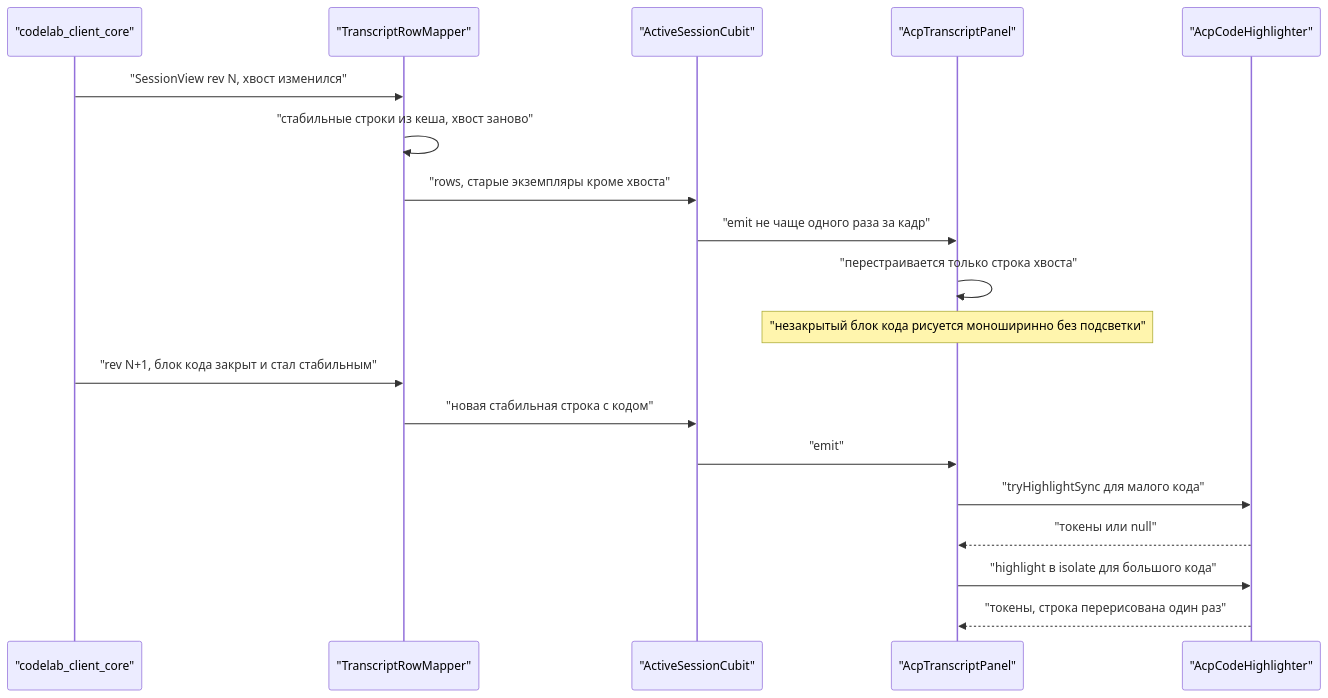
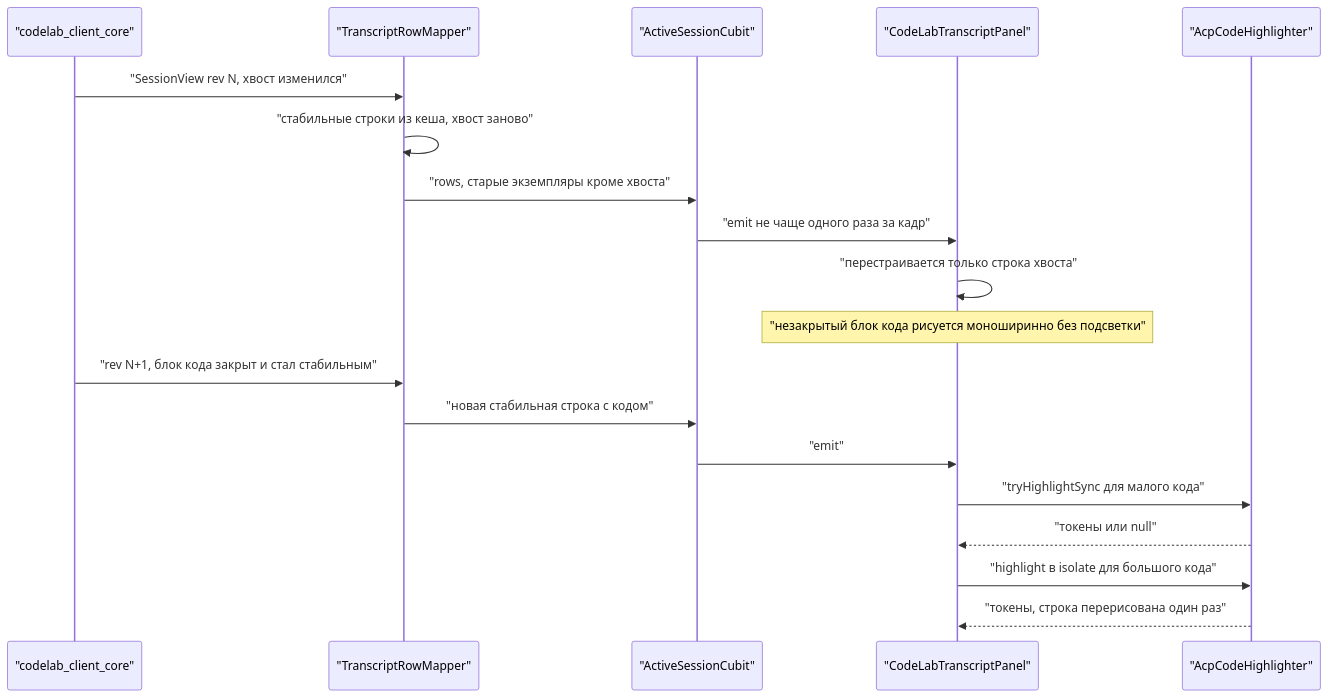
The second of 3 diagrams in docs/architecture/proposals/dart-agent-and-clients/12-3-desktop-display.md (pese-git/codelab-app), drawn with Mermaid before and after one commit. The commit also changed other lines of this file and 108 other files, not shown here.

First line of the commit message:
refactor(codelab_ui): префикс виджетов Acp → CodeLab (ADR-0002, Decision §5)

````diff
--- a/docs/architecture/proposals/dart-agent-and-clients/12-3-desktop-display.md
+++ b/docs/architecture/proposals/dart-agent-and-clients/12-3-desktop-display.md
@@ -304,21 +304,21 @@
 ```mermaid
 sequenceDiagram
     participant K as "codelab_client_core"
     participant M as "TranscriptRowMapper"
     participant C as "ActiveSessionCubit"
-    participant L as "AcpTranscriptPanel"
+    participant L as "CodeLabTranscriptPanel"
     participant H as "AcpCodeHighlighter"
     K->>M: "SessionView rev N, хвост изменился"
     M->>M: "стабильные строки из кеша, хвост заново"
     M->>C: "rows, старые экземпляры кроме хвоста"
     C->>L: "emit не чаще одного раза за кадр"
     L->>L: "перестраивается только строка хвоста"
     Note over L: "незакрытый блок кода рисуется моноширинно без подсветки"
     K->>M: "rev N+1, блок кода закрыт и стал стабильным"
     M->>C: "новая стабильная строка с кодом"
     C->>L: "emit"
     L->>H: "tryHighlightSync для малого кода"
     H-->>L: "токены или null"
     L->>H: "highlight в isolate для большого кода"
     H-->>L: "токены, строка перерисована один раз"
 ```
````
